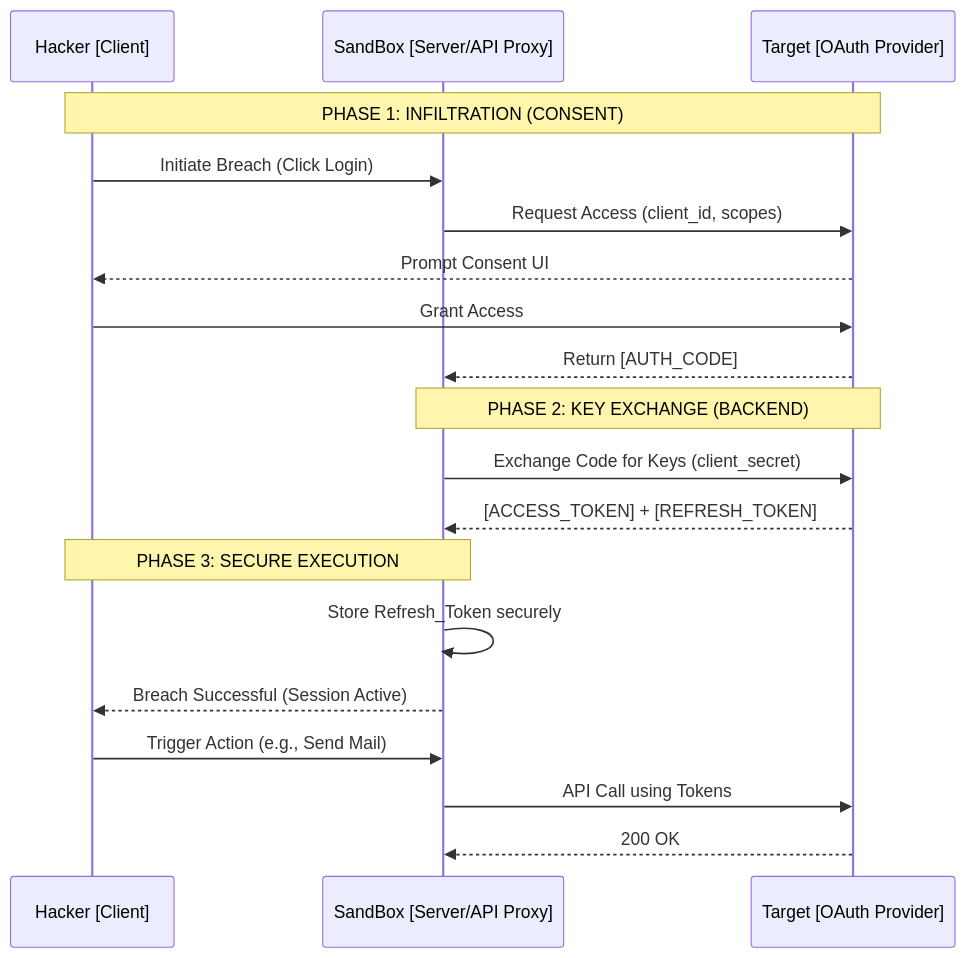
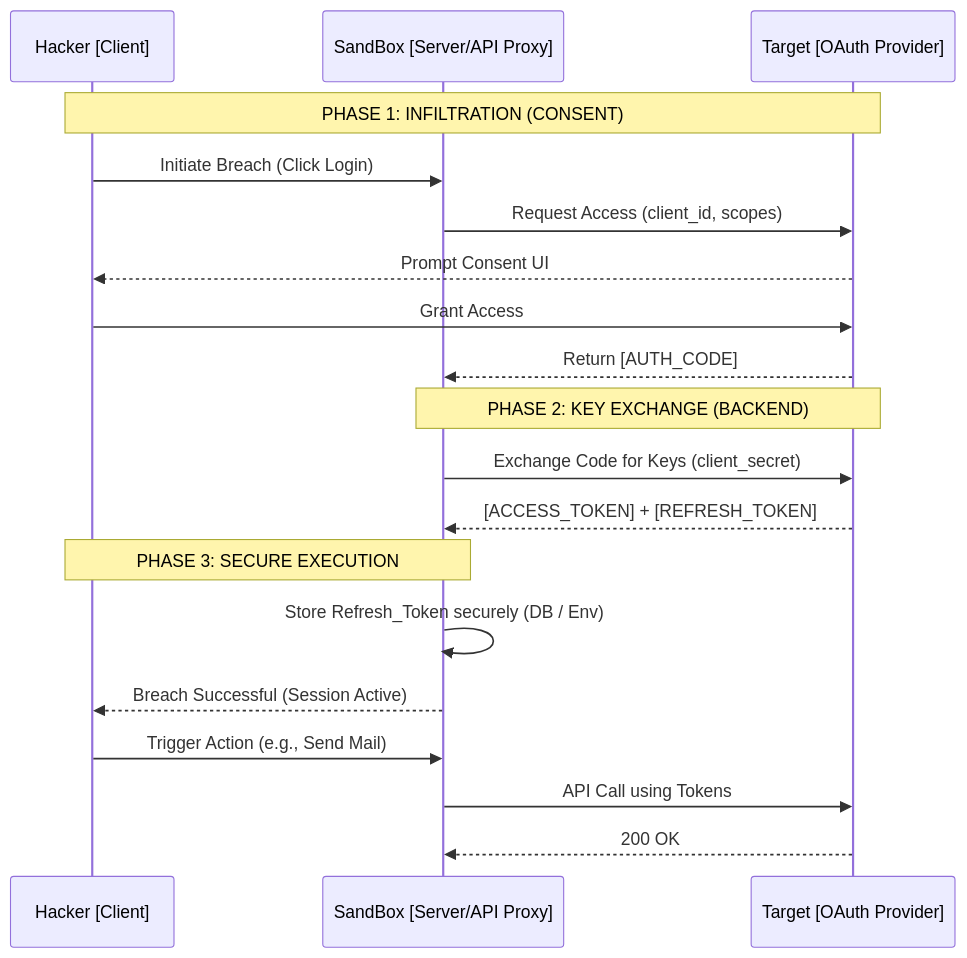
Before and after one commit to ChitkulLakshya/SandBox: the diagram in README.md, drawn with Mermaid. The commit also changed other lines of this file, not shown here.

````diff
--- a/README.md
+++ b/README.md
@@ -46,24 +54,24 @@
 ```mermaid
 sequenceDiagram
     participant User as Hacker [Client]
     participant App as SandBox [Server/API Proxy]
     participant Google as Target [OAuth Provider]
     
     Note over User,Google: PHASE 1: INFILTRATION (CONSENT)
     User->>App: Initiate Breach (Click Login)
     App->>Google: Request Access (client_id, scopes)
     Google-->>User: Prompt Consent UI
     User->>Google: Grant Access
     Google-->>App: Return [AUTH_CODE]
     
     Note over App,Google: PHASE 2: KEY EXCHANGE (BACKEND)
     App->>Google: Exchange Code for Keys (client_secret)
     Google-->>App: [ACCESS_TOKEN] + [REFRESH_TOKEN]
     
     Note over User,App: PHASE 3: SECURE EXECUTION
-    App->>App: Store Refresh_Token securely
+    App->>App: Store Refresh_Token securely (DB / Env)
     App-->>User: Breach Successful (Session Active)
     User->>App: Trigger Action (e.g., Send Mail)
     App->>Google: API Call using Tokens
     Google-->>App: 200 OK
 ```
````
